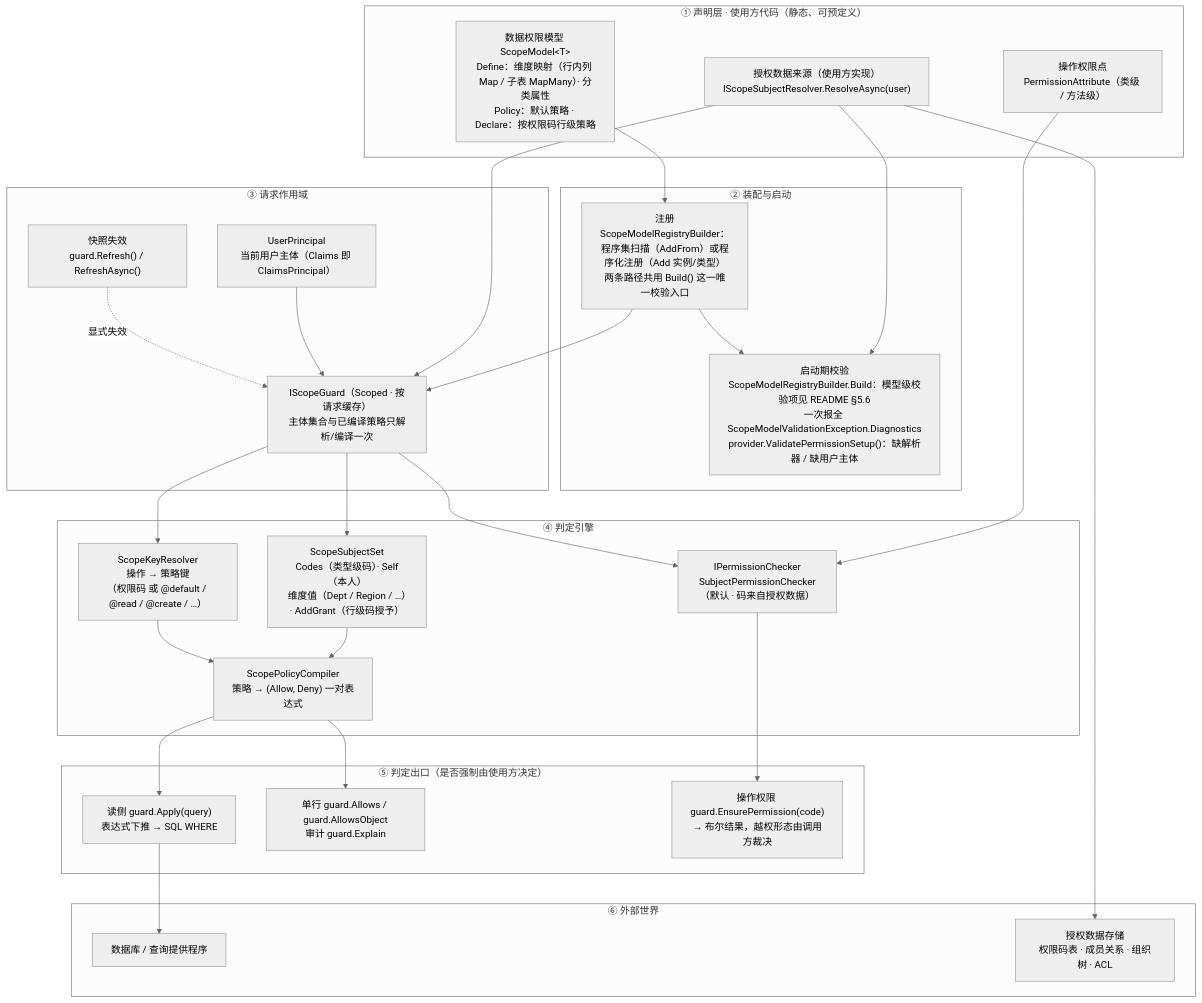
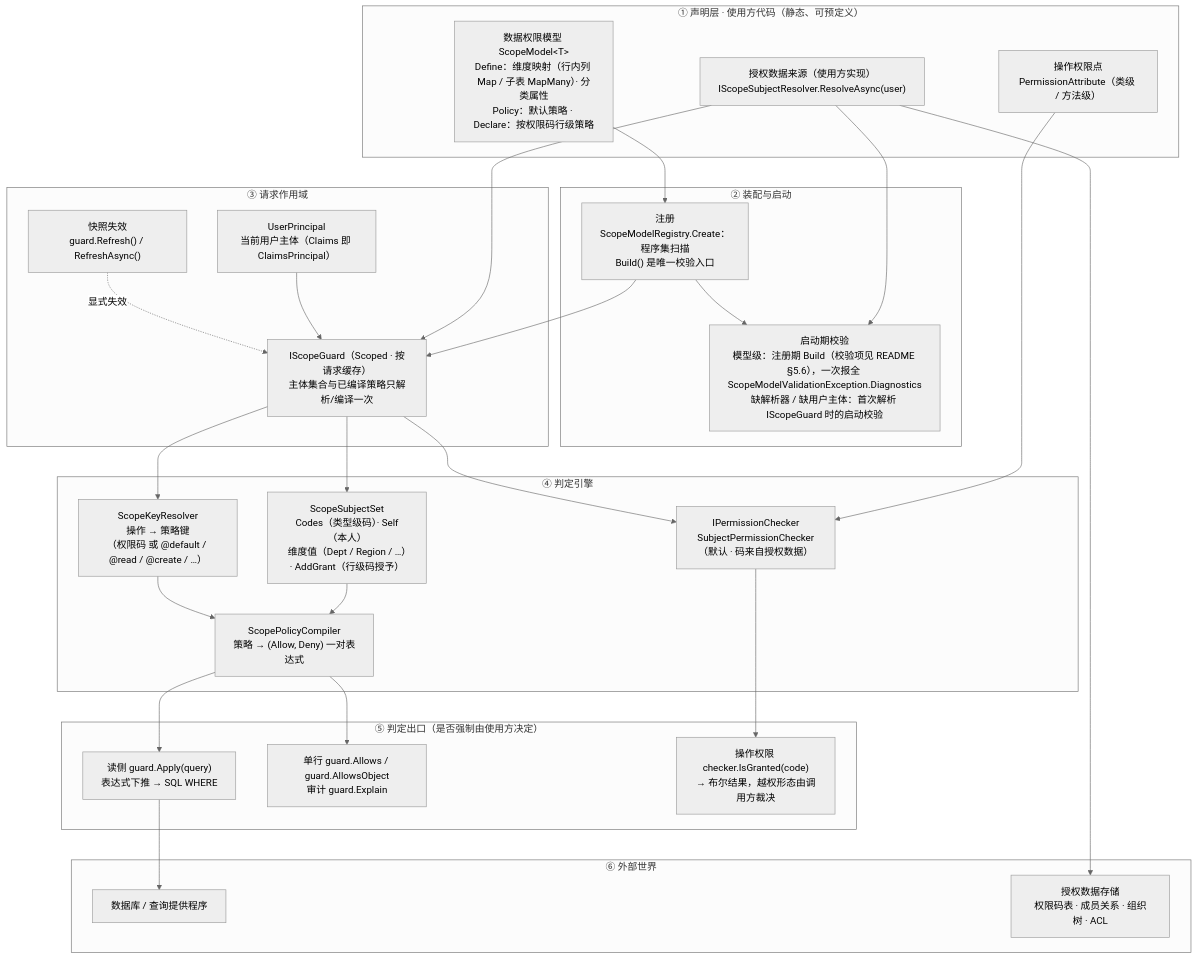
One commit to euonia-project/euonia-dotnet changed the diagram in Source/Euonia.Security/DESIGN.md. Above: the diagram before and after it, drawn with Mermaid (neutral theme). The commit also changed other lines of this file and 62 other files, not shown here.

````diff
--- a/Source/Euonia.Security/DESIGN.md
+++ b/Source/Euonia.Security/DESIGN.md
@@ -50,57 +50,57 @@
 ```mermaid
 graph TD
     subgraph A["① 声明层 · 使用方代码（静态、可预定义）"]
         A1["操作权限点<br/>PermissionAttribute（类级 / 方法级）"]
         A2["数据权限模型 ScopeModel&lt;T&gt;<br/>Define：维度映射（行内列 Map / 子表 MapMany）· 分类属性<br/>Policy：默认策略 · Declare：按权限码行级策略"]
         A3["授权数据来源（使用方实现）<br/>IScopeSubjectResolver.ResolveAsync(user)"]
     end
 
     subgraph B["② 装配与启动"]
-        B1["注册<br/>ScopeModelRegistryBuilder：程序集扫描（AddFrom）或程序化注册（Add 实例/类型）<br/>两条路径共用 Build() 这一唯一校验入口"]
-        B2["启动期校验<br/>ScopeModelRegistryBuilder.Build：模型级校验项见 README §5.6<br/>一次报全 ScopeModelValidationException.Diagnostics<br/>provider.ValidatePermissionSetup()：缺解析器 / 缺用户主体"]
+        B1["注册<br/>ScopeModelRegistry.Create：程序集扫描<br/>Build() 是唯一校验入口"]
+        B2["启动期校验<br/>模型级：注册期 Build（校验项见 README §5.6），一次报全 ScopeModelValidationException.Diagnostics<br/>缺解析器 / 缺用户主体：首次解析 IScopeGuard 时的启动校验"]
     end
 
     subgraph C["③ 请求作用域"]
         C1["UserPrincipal<br/>当前用户主体（Claims 即 ClaimsPrincipal）"]
         C2["IScopeGuard（Scoped · 按请求缓存）<br/>主体集合与已编译策略只解析/编译一次"]
         C3["快照失效<br/>guard.Refresh() / RefreshAsync()"]
     end
 
     subgraph D["④ 判定引擎"]
         D1["ScopeSubjectSet<br/>Codes（类型级码）· Self（本人）<br/>维度值（Dept / Region / …）· AddGrant（行级码授予）"]
         D2["ScopeKeyResolver<br/>操作 → 策略键<br/>（权限码 或 @default / @read / @create / …）"]
         D3["ScopePolicyCompiler<br/>策略 → (Allow, Deny) 一对表达式"]
         D4["IPermissionChecker<br/>SubjectPermissionChecker（默认 · 码来自授权数据）"]
     end
 
     subgraph E["⑤ 判定出口（是否强制由使用方决定）"]
         E1["读侧 guard.Apply(query)<br/>表达式下推 → SQL WHERE"]
         E2["单行 guard.Allows / guard.AllowsObject<br/>审计 guard.Explain"]
-        E3["操作权限 guard.EnsurePermission(code)<br/>→ 布尔结果，越权形态由调用方裁决"]
+        E3["操作权限 checker.IsGranted(code)<br/>→ 布尔结果，越权形态由调用方裁决"]
     end
 
     subgraph F["⑥ 外部世界"]
         F1["数据库 / 查询提供程序"]
         F2["授权数据存储<br/>权限码表 · 成员关系 · 组织树 · ACL"]
     end
 
     A1 --> D4
     A2 --> B1
     A3 --> B2
     A3 --> C2
     A3 --> F2
 
     B1 --> B2
     B1 --> C2
     C1 --> C2
     C2 --> D1
     C2 --> D2
     C2 --> D4
     D1 --> D3
     D2 --> D3
     D3 --> E1
     D3 --> E2
     D4 --> E3
     E1 --> F1
     C3 -. 显式失效 .-> C2
 ```
````
